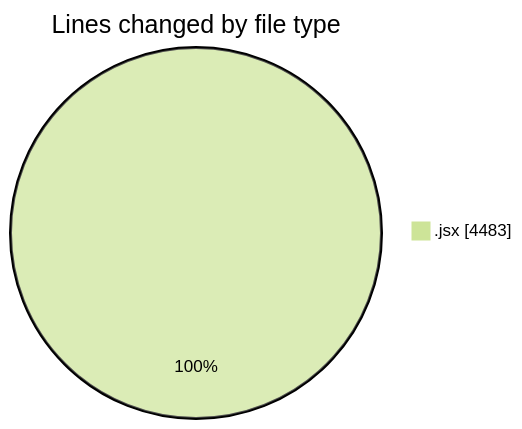
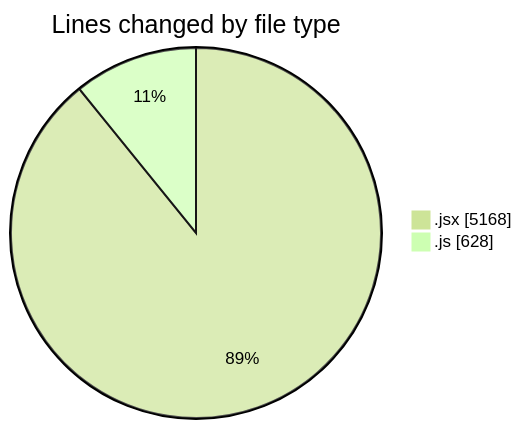
The first of 2 diagrams in 2025-09-25/nxtqube_webapp/README.md (nxtqubesakshisongat/code-tracking), drawn with Mermaid (forest theme) before and after one commit. The commit also changed other lines of this file and 1 other file, not shown here.

````diff
--- a/2025-09-25/nxtqube_webapp/README.md
+++ b/2025-09-25/nxtqube_webapp/README.md
@@ -21,5 +22,6 @@
 ```mermaid
 pie showData
 title Lines changed by file type
-".jsx" : 4483
+".jsx" : 5168
+".js" : 628
 ```
````
